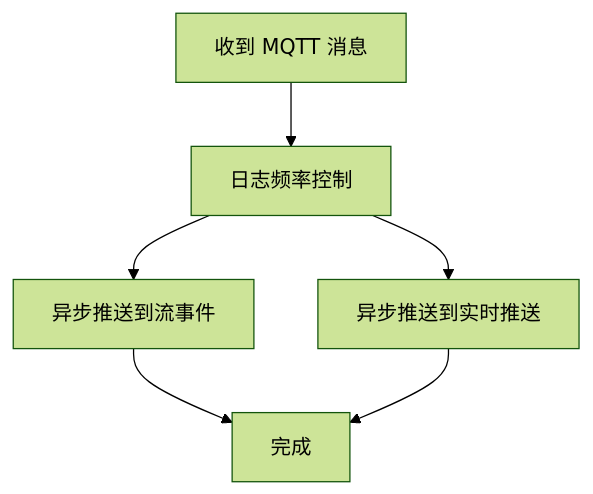
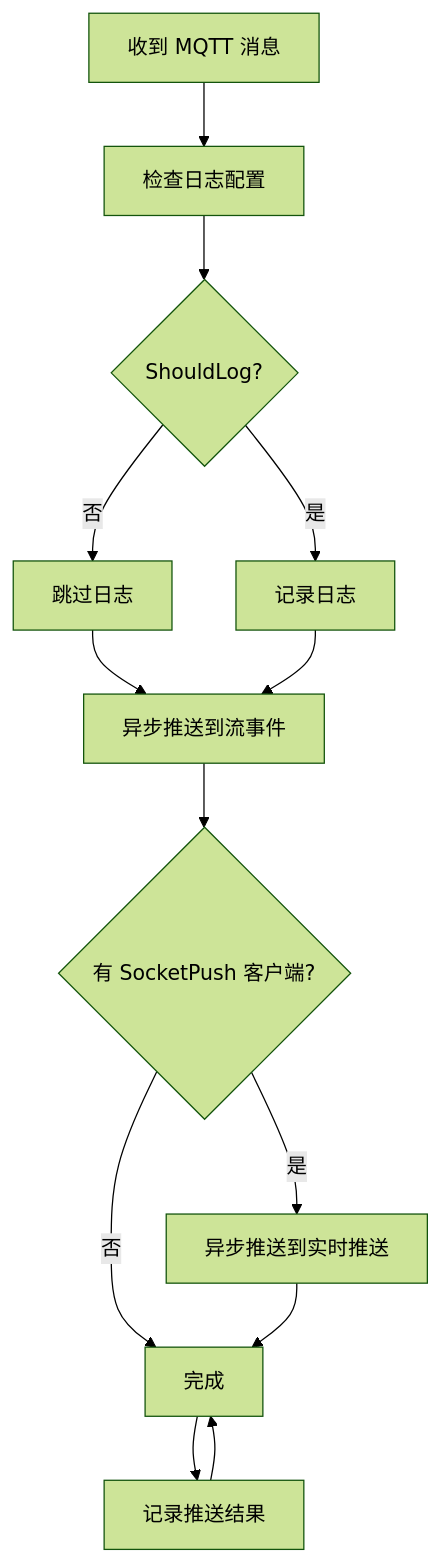
Before and after one commit to maomao94/zero-service: the eighth of 9 diagrams in .qoder/repowiki/zh/content/核心服务详解/MQTT 协议桥接服务/MQTT 协议桥接服务.md, drawn with Mermaid (forest theme). The commit also changed other lines of this file and 59 other files, not shown here.

````diff
--- a/.qoder/repowiki/zh/content/核心服务详解/MQTT 协议桥接服务/MQTT 协议桥接服务.md
+++ b/.qoder/repowiki/zh/content/核心服务详解/MQTT 协议桥接服务/MQTT 协议桥接服务.md
@@ -269,8 +386,15 @@
 ```mermaid
 flowchart TD
-MsgIn["收到 MQTT 消息"] --> LogCheck["日志频率控制"]
-LogCheck --> PushSE["异步推送到流事件"]
-LogCheck --> PushSP["异步推送到实时推送"]
-PushSE --> Done["完成"]
+MsgIn["收到 MQTT 消息"] --> CheckLog["检查日志配置"]
+CheckLog --> LogCheck{"ShouldLog?"}
+LogCheck --> |否| SkipLog["跳过日志"]
+LogCheck --> |是| LogMsg["记录日志"]
+SkipLog --> PushSE["异步推送到流事件"]
+LogMsg --> PushSE
+PushSE --> CheckSocket{"有 SocketPush 客户端?"}
+CheckSocket --> |是| PushSP["异步推送到实时推送"]
+CheckSocket --> |否| Done["完成"]
 PushSP --> Done
+Done --> LogResult["记录推送结果"]
+LogResult --> Done
 ```
````
